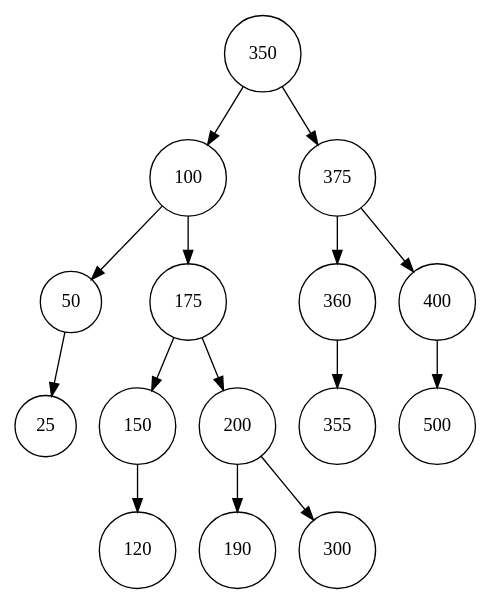
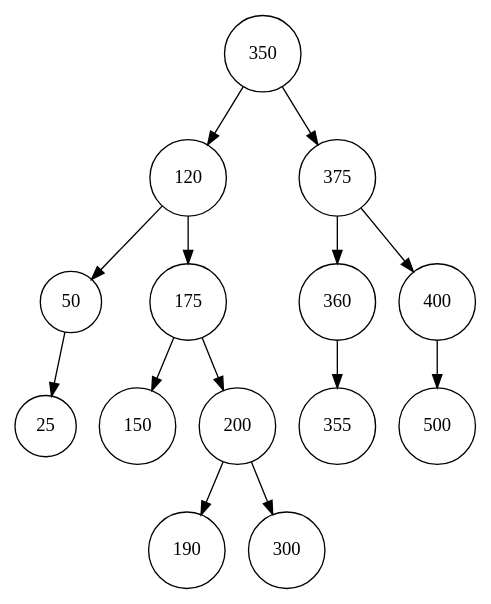
The diagram in arbol.dot (renzogeomar/Laboratorio-EDA), drawn with Graphviz before and after one commit.

Commit message:
guardando la ultima modificacion del arbol

```diff
--- a/arbol.dot
+++ b/arbol.dot
@@ -1,17 +1,16 @@
 digraph AVL {
     node [shape=circle];
-    "350" -> "100";
-    "100" -> "50";
+    "350" -> "120";
+    "120" -> "50";
     "50" -> "25";
-    "100" -> "175";
+    "120" -> "175";
     "175" -> "150";
-    "150" -> "120";
     "175" -> "200";
     "200" -> "190";
     "200" -> "300";
     "350" -> "375";
     "375" -> "360";
     "360" -> "355";
     "375" -> "400";
     "400" -> "500";
 }
```
